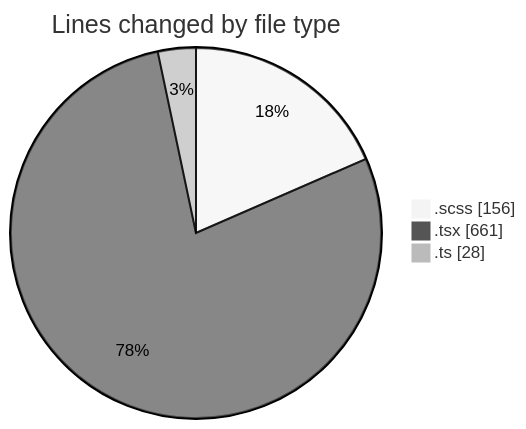
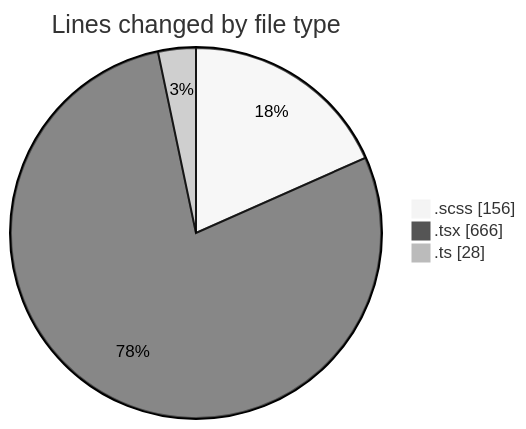
One commit to momahboobian/code-tracking changed the first of 2 diagrams in 2025-02-10/cda/README.md. Above: the diagram before and after it, drawn with Mermaid (neutral theme). The commit also changed other lines of this file and 1 other file, not shown here.

````diff
--- a/2025-02-10/cda/README.md
+++ b/2025-02-10/cda/README.md
@@ -25,7 +25,7 @@
 ```mermaid
 pie showData
 title Lines changed by file type
 ".scss" : 156
-".tsx" : 661
+".tsx" : 666
 ".ts" : 28
 ```
````
